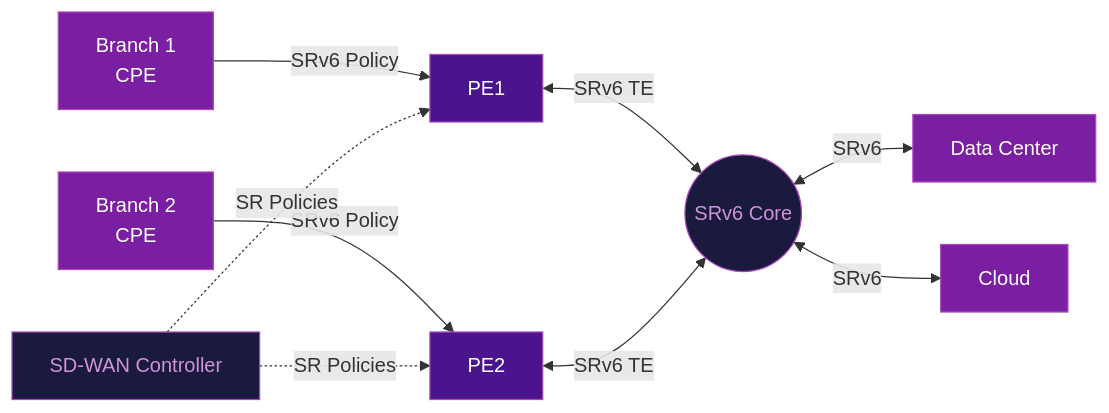
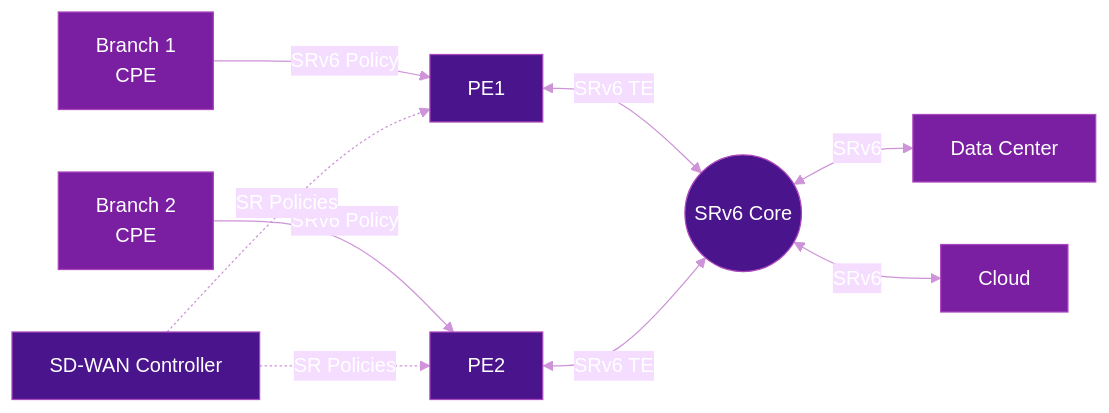
The second of 3 diagrams in docs/use-cases/sd-wan.md (eldaninavas/srv6.md), drawn with Mermaid before and after one commit. The commit also changed other lines of this file and 26 other files, not shown here.

First line of the commit message:
fix: Mermaid diagram text visibility in light mode + categorize RFC nav

````diff
--- a/docs/use-cases/sd-wan.md
+++ b/docs/use-cases/sd-wan.md
@@ -53,20 +54,21 @@
 ```mermaid
+%%{init: {"theme": "base", "themeVariables": {"primaryTextColor": "#fff", "lineColor": "#ce93d8", "textColor": "#fff"}}}%%
 graph LR
     B1[Branch 1<br/>CPE] -->|SRv6 Policy| PE1[PE1]
     B2[Branch 2<br/>CPE] -->|SRv6 Policy| PE2[PE2]
     PE1 <-->|SRv6 TE| CORE((SRv6 Core))
     PE2 <-->|SRv6 TE| CORE
     CORE <-->|SRv6| DC[Data Center]
     CORE <-->|SRv6| CLOUD[Cloud]
     CTRL[SD-WAN Controller] -.->|SR Policies| PE1
     CTRL -.->|SR Policies| PE2
 
     style B1 fill:#7b1fa2,color:#fff,stroke:#ab47bc
     style B2 fill:#7b1fa2,color:#fff,stroke:#ab47bc
     style PE1 fill:#4a148c,color:#fff,stroke:#ab47bc
     style PE2 fill:#4a148c,color:#fff,stroke:#ab47bc
-    style CORE fill:#1a1a3e,color:#ce93d8,stroke:#ab47bc
+    style CORE fill:#4a148c,color:#fff,stroke:#ab47bc
     style DC fill:#7b1fa2,color:#fff,stroke:#ab47bc
     style CLOUD fill:#7b1fa2,color:#fff,stroke:#ab47bc
-    style CTRL fill:#1a1a3e,color:#ce93d8,stroke:#ab47bc
+    style CTRL fill:#4a148c,color:#fff,stroke:#ab47bc
 ```
````
